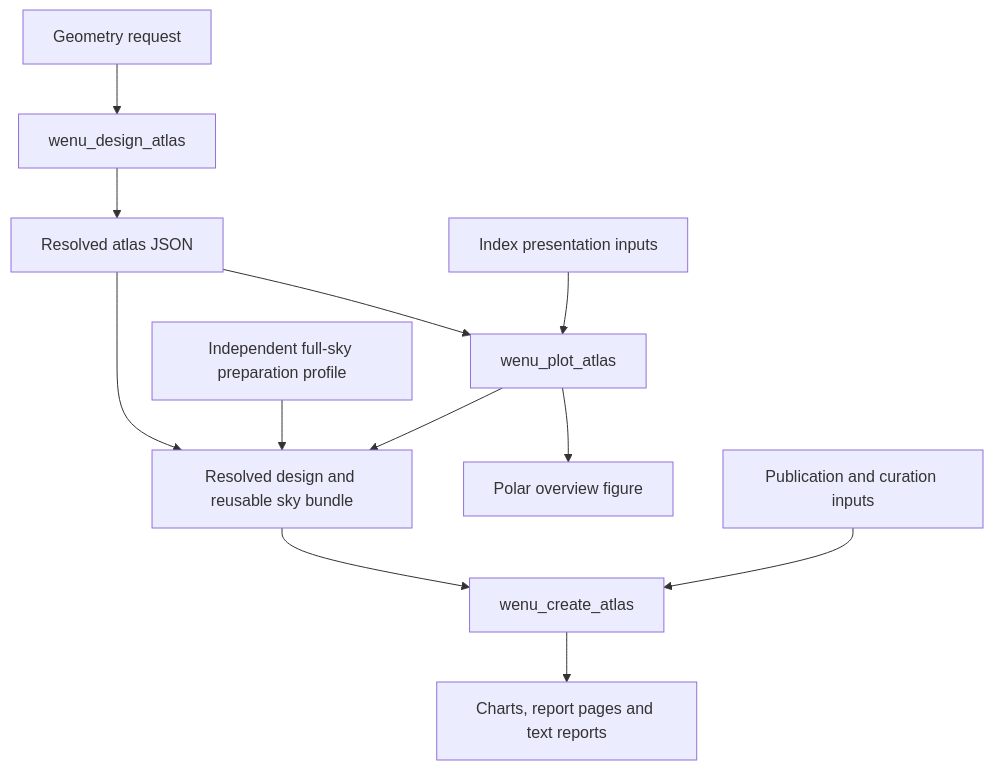
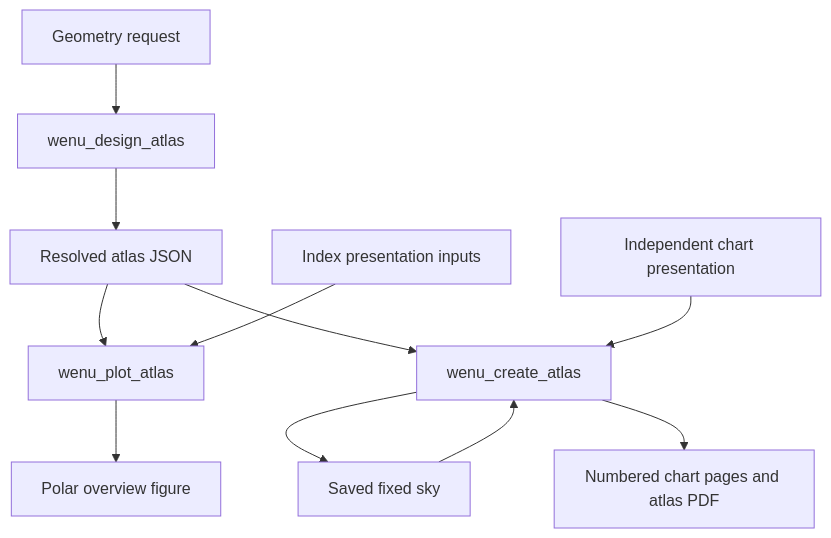
Before and after one commit to fselman/wenu: the diagram in docs/user_guide/atlas.md, drawn with Mermaid. The commit also changed other lines of this file and 15 other files, not shown here.

Commit message:
Generate numbered atlas chart pages with saved-sky reuse and spawn workers

````diff
--- a/docs/user_guide/atlas.md
+++ b/docs/user_guide/atlas.md
@@ -14,14 +15,13 @@
 ```mermaid
 flowchart TD
     G["Geometry request"] --> D["wenu_design_atlas"]
     D --> J["Resolved atlas JSON"]
     J --> P["wenu_plot_atlas"]
     I["Index presentation inputs"] --> P
     P --> O["Polar overview figure"]
-    J --> B["Resolved design and reusable sky bundle"]
-    P --> B
-    F["Independent full-sky preparation profile"] --> B
-    B --> C["wenu_create_atlas"]
-    E["Publication and curation inputs"] --> C
-    C --> R["Charts, report pages and text reports"]
+    J --> C["wenu_create_atlas"]
+    B["Saved fixed sky"] --> C
+    E["Independent chart presentation"] --> C
+    C --> B
+    C --> R["Numbered chart pages and atlas PDF"]
 ```
````
